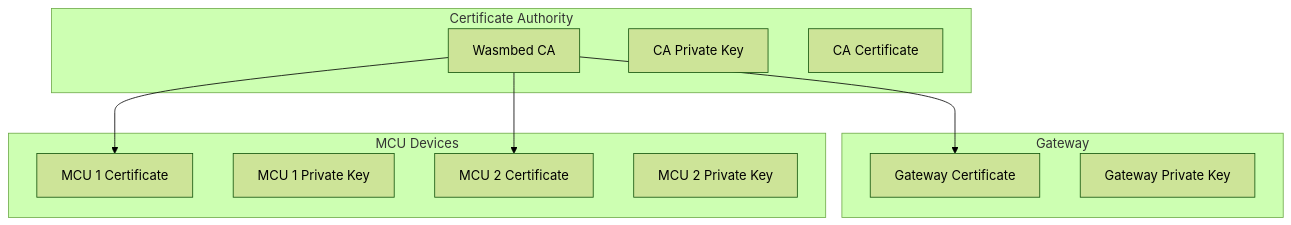
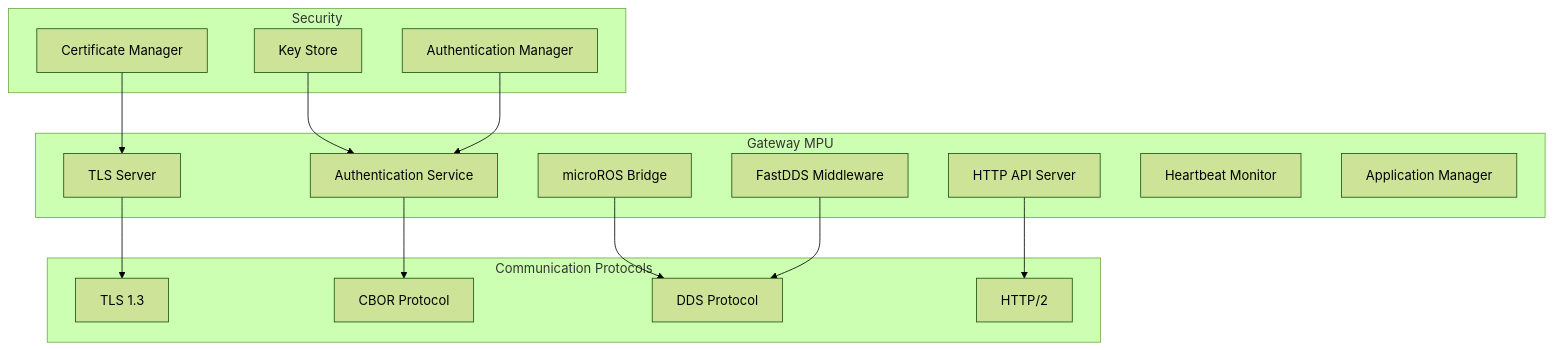
One commit to lucadagati/retrospect changed the third of 4 diagrams in docs/architecture/system-overview.md. Above: the diagram before and after it, drawn with Mermaid (forest theme). The commit also changed other lines of this file and 132 other files, not shown here.

First line of the commit message:
Complete documentation overhaul with Mermaid diagrams

````diff
--- a/docs/architecture/system-overview.md
+++ b/docs/architecture/system-overview.md
@@ -253,24 +165,35 @@
 ```mermaid
 graph TB
-    subgraph "Certificate Authority"
-        CA[Wasmbed CA]
-        CA_KEY[CA Private Key]
-        CA_CERT[CA Certificate]
+    subgraph "Gateway MPU"
+        HTTP[HTTP API Server]
+        TLS_SRV[TLS Server]
+        MR_BRIDGE[microROS Bridge]
+        FDDS_MW[FastDDS Middleware]
+        AUTH_SRV[Authentication Service]
+        HB_MON[Heartbeat Monitor]
+        APP_MGR[Application Manager]
     end
     
-    subgraph "Gateway"
-        GW_CERT[Gateway Certificate]
-        GW_KEY[Gateway Private Key]
+    subgraph "Communication Protocols"
+        TLS_PROTO[TLS 1.3]
+        CBOR_PROTO[CBOR Protocol]
+        DDS_PROTO[DDS Protocol]
+        HTTP_PROTO[HTTP/2]
     end
     
-    subgraph "MCU Devices"
-        MCU1_CERT[MCU 1 Certificate]
-        MCU1_KEY[MCU 1 Private Key]
-        MCU2_CERT[MCU 2 Certificate]
-        MCU2_KEY[MCU 2 Private Key]
+    subgraph "Security"
+        CERT_MGR[Certificate Manager]
+        KEY_STORE[Key Store]
+        AUTH_MGR[Authentication Manager]
     end
     
-    CA --> GW_CERT
-    CA --> MCU1_CERT
-    CA --> MCU2_CERT
+    HTTP --> HTTP_PROTO
+    TLS_SRV --> TLS_PROTO
+    MR_BRIDGE --> DDS_PROTO
+    FDDS_MW --> DDS_PROTO
+    AUTH_SRV --> CBOR_PROTO
+    
+    CERT_MGR --> TLS_SRV
+    KEY_STORE --> AUTH_SRV
+    AUTH_MGR --> AUTH_SRV
 ```
````
